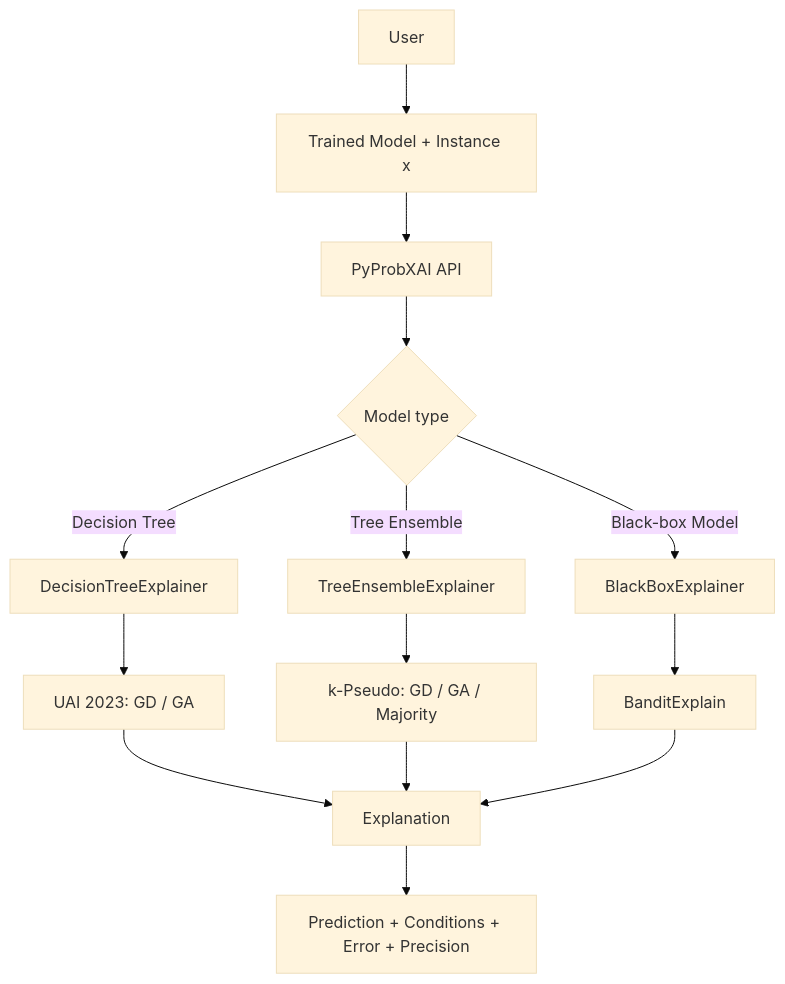
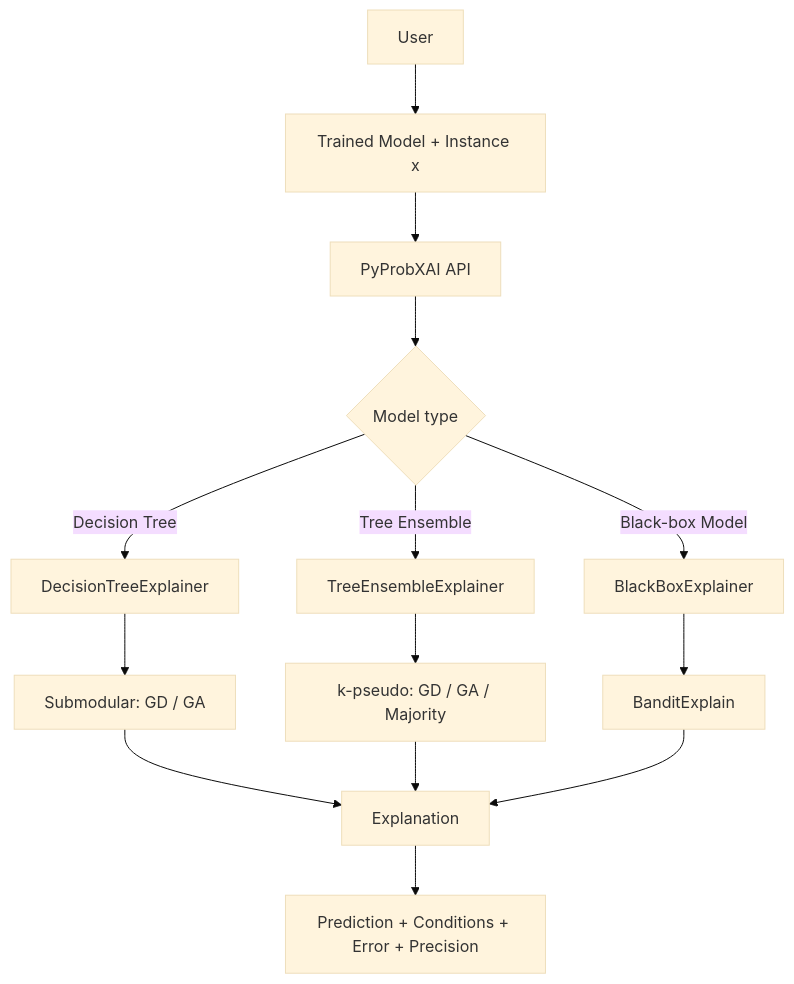
Before and after one commit to SifEddine05/PyProbXAI: the diagram in README.md, drawn with Mermaid (base theme). The commit also changed other lines of this file and 8 other files, not shown here.

Commit message:
submodular instead of UAI 2023

````diff
--- a/README.md
+++ b/README.md
@@ -23,20 +23,20 @@
 ```mermaid
 flowchart TB
     A["User"] --> B["Trained Model + Instance x"]
     B --> C["PyProbXAI API"]
     C --> D{"Model type"}
 
     D -->|"Decision Tree"| E["DecisionTreeExplainer"]
     D -->|"Tree Ensemble"| F["TreeEnsembleExplainer"]
     D -->|"Black-box Model"| G["BlackBoxExplainer"]
 
-    E --> E1["UAI 2023: GD / GA"]
-    F --> F1["k-Pseudo: GD / GA / Majority"]
+    E --> E1["Submodular: GD / GA"]
+    F --> F1["k-pseudo: GD / GA / Majority"]
     G --> G1["BanditExplain"]
 
     E1 --> H["Explanation"]
     F1 --> H
     G1 --> H
 
     H --> I["Prediction + Conditions + Error + Precision"]
 ```
````
